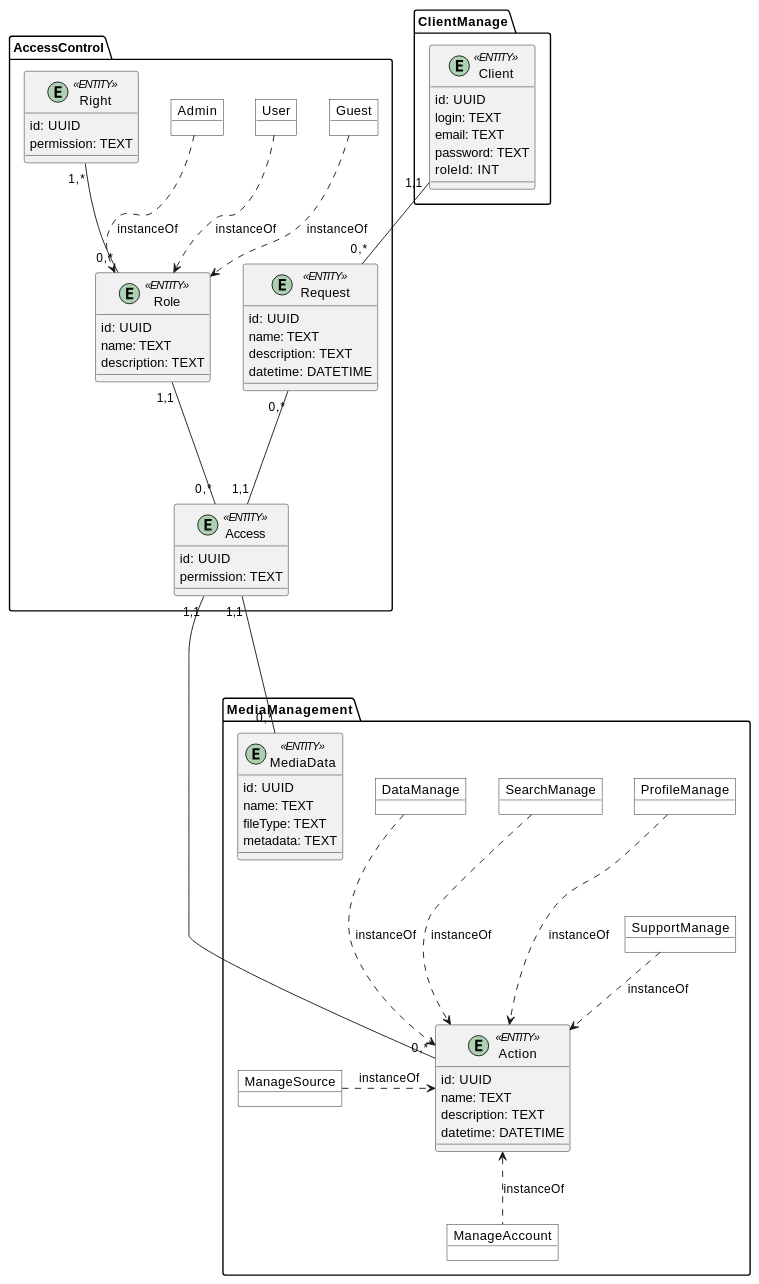
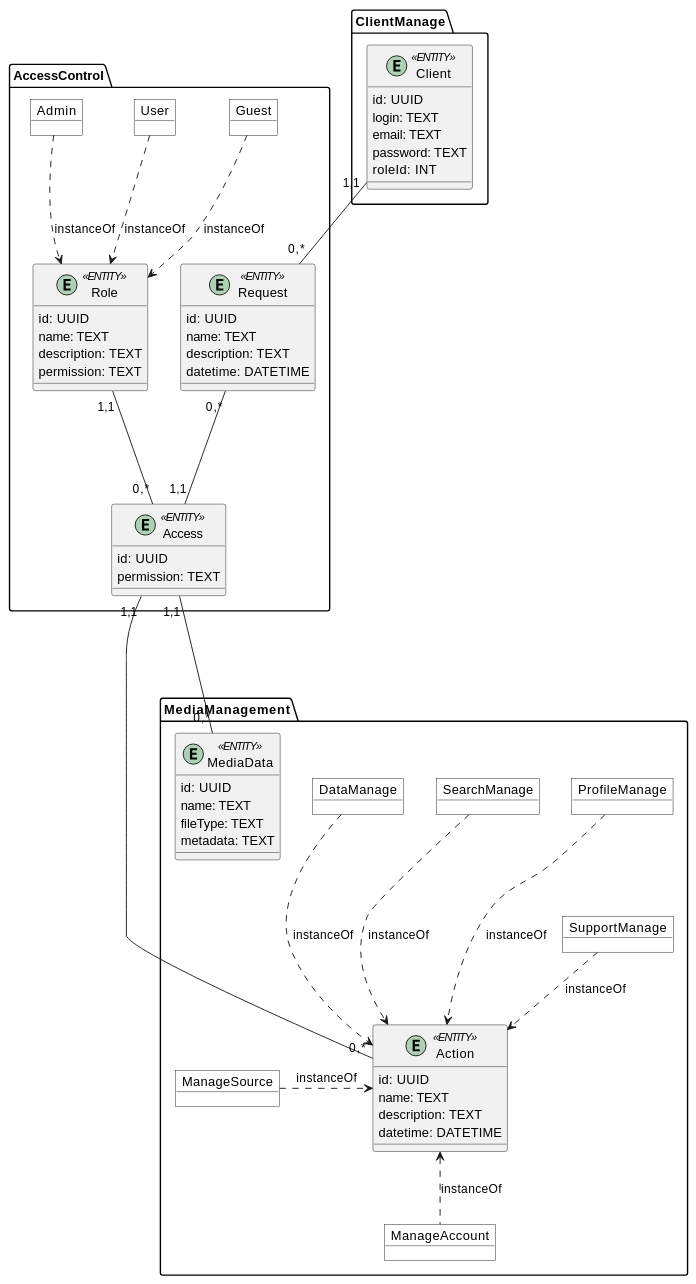
Before and after one commit to nonGratis/retarder-io-23-3: the second of 2 diagrams in docs/design/README.md, drawn with PlantUML. The commit also changed other lines of this file, not shown here.

Commit message:
integrate Right aggregator to Role aggregator

```diff
--- a/docs/design/README.md
+++ b/docs/design/README.md
@@ -111,6 +105,7 @@
         id: UUID
         name: TEXT
         description: TEXT
+        permission: TEXT
       }
 
       object Guest #white
@@ -120,11 +115,6 @@
       Guest ..> Role : instanceOf
       User ..> Role : instanceOf
       Admin ..> Role : instanceOf
-
-      entity Right <<ENTITY>> {
-        id: UUID
-        permission: TEXT
-      }
 
       entity Request <<ENTITY>> {
         id: UUID
@@ -172,7 +162,6 @@
 
 
   Client "1,1"--"0,*" Request
-  Right "1,*"--"0,*" Role
   Role "1,1"---"0,*" Access
   Request "0,*"---"1,1" Access
   Access "1,1"---"0,*" Action
```
